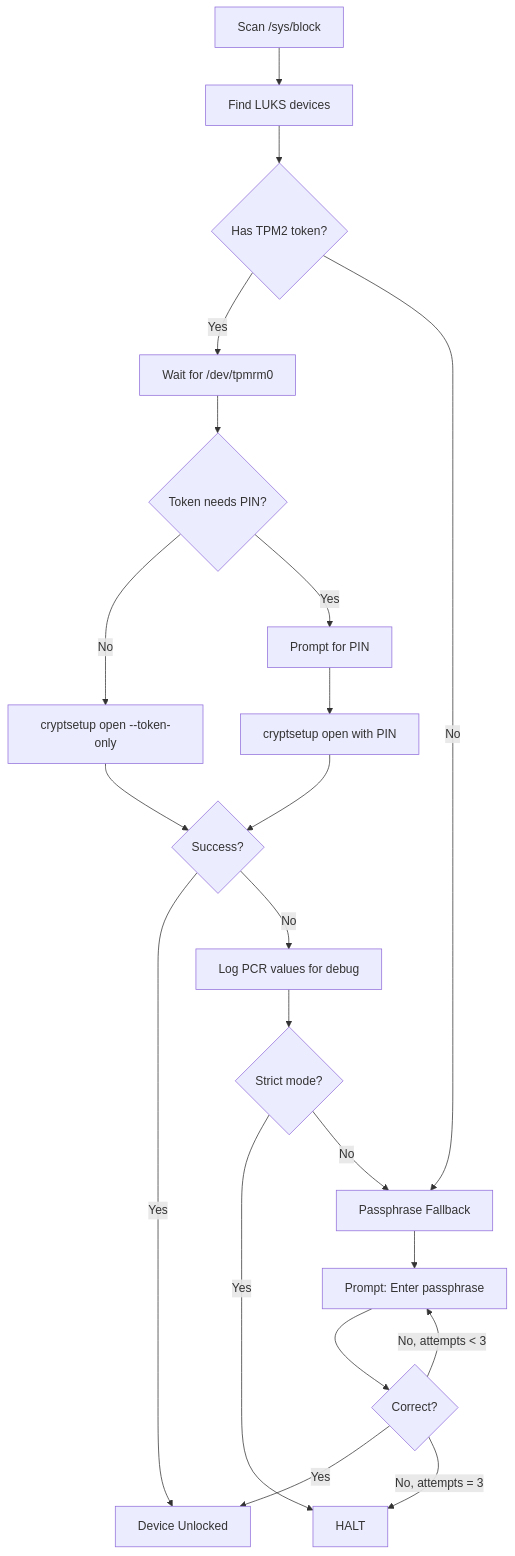
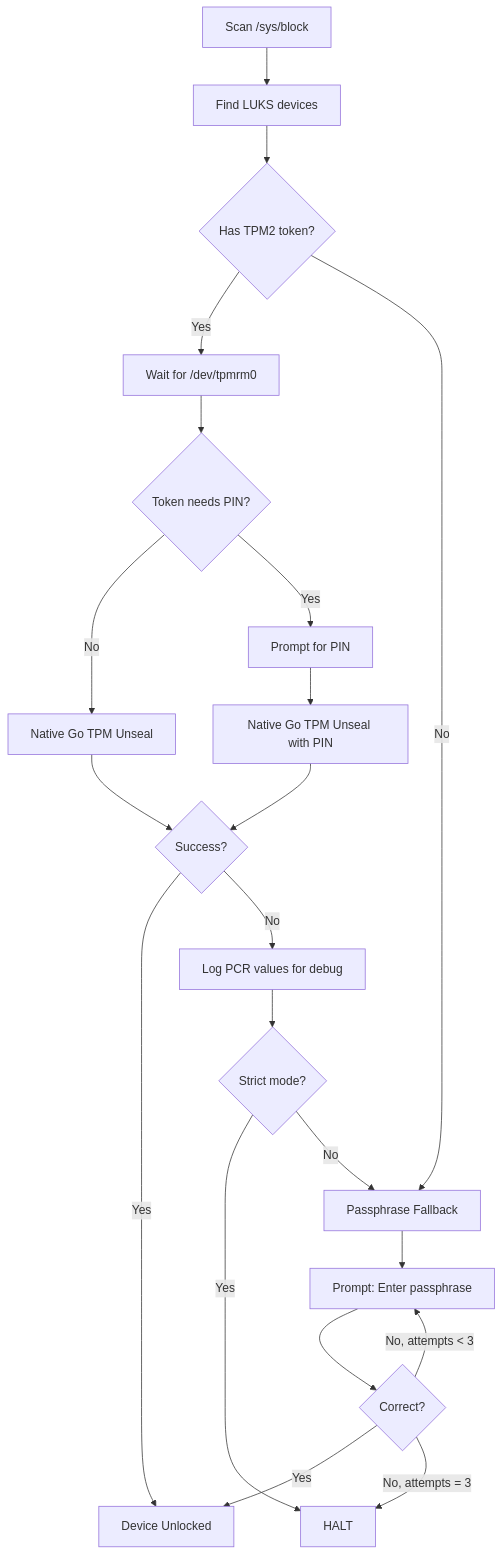
Before and after one commit to zaolin/vanguard: the sixth of 13 diagrams in docs/boot-flow.md, drawn with Mermaid. The commit also changed 8 other files, not shown here.

````diff
--- a/docs/boot-flow.md
+++ b/docs/boot-flow.md
@@ -152,28 +152,28 @@
 ```mermaid
 flowchart TD
     A[Scan /sys/block] --> B[Find LUKS devices]
     B --> D{Has TPM2 token?}
 
     D -->|Yes| E[Wait for /dev/tpmrm0]
     D -->|No| K
 
     E --> F{Token needs PIN?}
-    F -->|No| G[cryptsetup open --token-only]
+    F -->|No| G[Native Go TPM Unseal]
     F -->|Yes| H[Prompt for PIN]
-    H --> I[cryptsetup open with PIN]
+    H --> I[Native Go TPM Unseal with PIN]
 
     G --> J{Success?}
     I --> J
 
     J -->|Yes| L[Device Unlocked]
     J -->|No| M[Log PCR values for debug]
     M --> StrictCheck{Strict mode?}
     StrictCheck -->|Yes| P[HALT]
     StrictCheck -->|No| K[Passphrase Fallback]
 
     K --> N[Prompt: Enter passphrase]
     N --> O{Correct?}
     O -->|Yes| L
     O -->|No, attempts < 3| N
     O -->|No, attempts = 3| P
 ```
````
